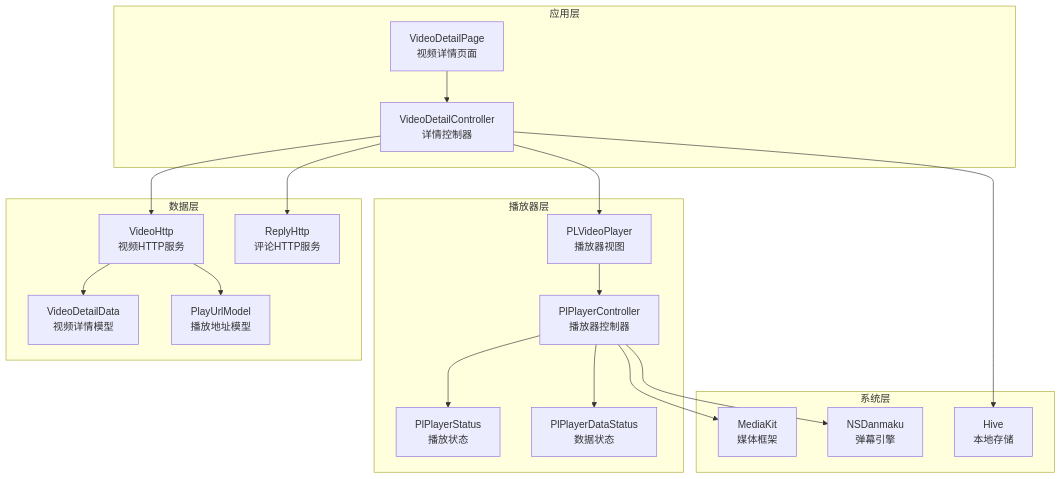
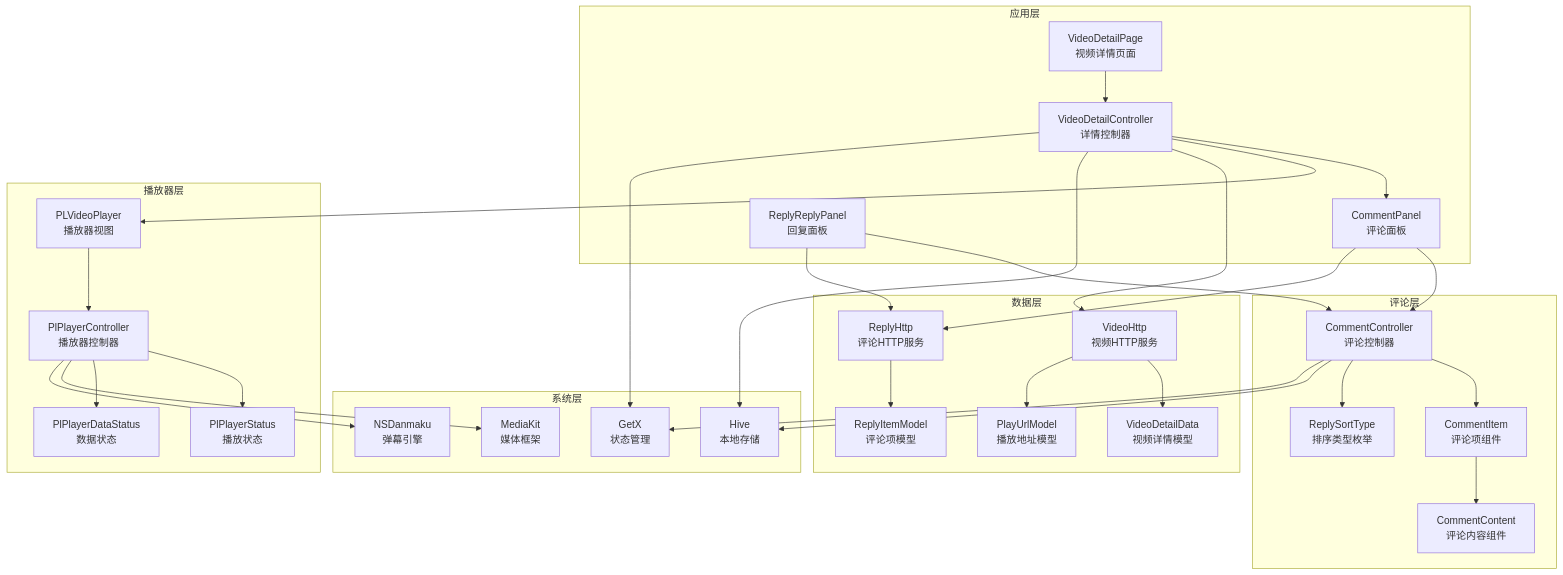
One commit to justLXX/pilipala changed the second of 9 diagrams in .qoder/repowiki/zh/content/核心模块/功能模块/视频播放模块/视频播放模块.md. Above: the diagram before and after it, drawn with Mermaid. The commit also changed other lines of this file and 194 other files, not shown here.

````diff
--- a/.qoder/repowiki/zh/content/核心模块/功能模块/视频播放模块/视频播放模块.md
+++ b/.qoder/repowiki/zh/content/核心模块/功能模块/视频播放模块/视频播放模块.md
@@ -117,36 +152,57 @@
 ```mermaid
 graph TD
 subgraph "应用层"
 A[VideoDetailPage<br/>视频详情页面]
 B[VideoDetailController<br/>详情控制器]
+C[CommentPanel<br/>评论面板]
+D[ReplyReplyPanel<br/>回复面板]
 end
 subgraph "播放器层"
-C[PLVideoPlayer<br/>播放器视图]
-D[PlPlayerController<br/>播放器控制器]
-E[PlPlayerStatus<br/>播放状态]
-F[PlPlayerDataStatus<br/>数据状态]
+E[PLVideoPlayer<br/>播放器视图]
+F[PlPlayerController<br/>播放器控制器]
+G[PlPlayerStatus<br/>播放状态]
+H[PlPlayerDataStatus<br/>数据状态]
+end
+subgraph "评论层"
+I[CommentController<br/>评论控制器]
+J[CommentItem<br/>评论项组件]
+K[CommentContent<br/>评论内容组件]
+L[ReplySortType<br/>排序类型枚举]
 end
 subgraph "数据层"
-G[VideoHttp<br/>视频HTTP服务]
-H[ReplyHttp<br/>评论HTTP服务]
-I[VideoDetailData<br/>视频详情模型]
-J[PlayUrlModel<br/>播放地址模型]
+M[VideoHttp<br/>视频HTTP服务]
+N[ReplyHttp<br/>评论HTTP服务]
+O[VideoDetailData<br/>视频详情模型]
+P[PlayUrlModel<br/>播放地址模型]
+Q[ReplyItemModel<br/>评论项模型]
 end
 subgraph "系统层"
-K[MediaKit<br/>媒体框架]
-L[NSDanmaku<br/>弹幕引擎]
-M[Hive<br/>本地存储]
+R[MediaKit<br/>媒体框架]
+S[NSDanmaku<br/>弹幕引擎]
+T[Hive<br/>本地存储]
+U[GetX<br/>状态管理]
 end
 A --> B
 B --> C
-C --> D
-D --> E
-D --> F
-B --> G
-B --> H
-G --> I
-G --> J
-D --> K
-D --> L
+C --> I
+D --> I
+B --> E
+E --> F
+F --> G
+F --> H
+I --> J
+J --> K
+I --> L
 B --> M
+C --> N
+D --> N
+M --> O
+M --> P
+N --> Q
+F --> R
+F --> S
+B --> T
+I --> T
+B --> U
+I --> U
 ```
````
